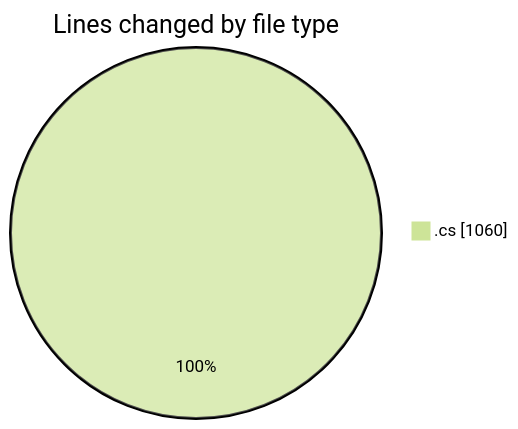
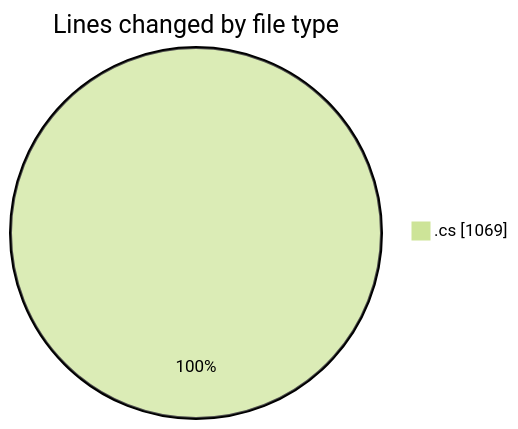
Before and after one commit to Netris89/code-tracking: the first of 2 diagrams in 2025-03-29/back-end/README.md, drawn with Mermaid (forest theme). The commit also changed other lines of this file and 1 other file, not shown here.

````diff
--- a/2025-03-29/back-end/README.md
+++ b/2025-03-29/back-end/README.md
@@ -23,5 +23,5 @@
 ```mermaid
 pie showData
 title Lines changed by file type
-".cs" : 1060
+".cs" : 1069
 ```
````
